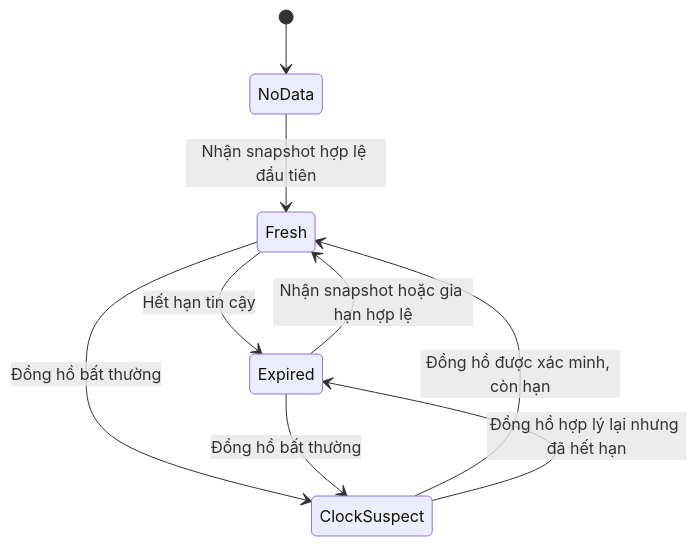
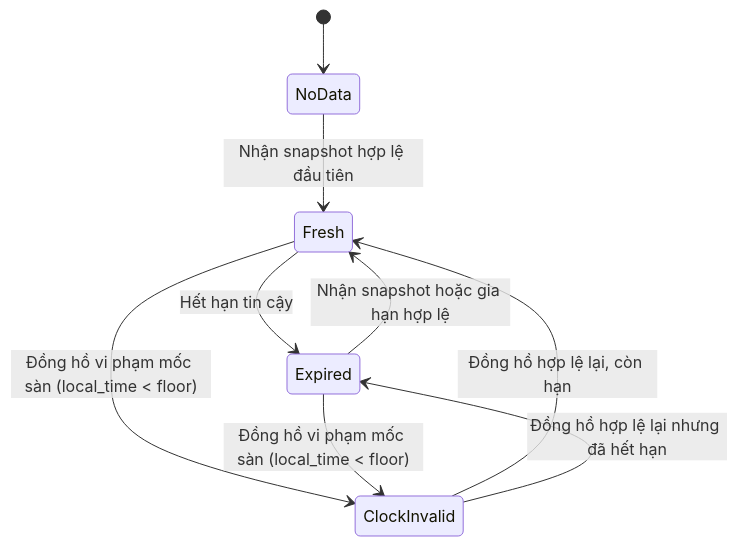
Before and after one commit to binhtoong21/linux-access-control: the first of 2 diagrams in design/docs/05-behavior/sequences/lease-expiration.md, drawn with Mermaid. The commit also changed other lines of this file and 27 other files, not shown here.

Commit message:
refactor: Address review feedback on clock floor formula, pending recovery, workstation busy check, and enrollment request

````diff
--- a/design/docs/05-behavior/sequences/lease-expiration.md
+++ b/design/docs/05-behavior/sequences/lease-expiration.md
@@ -8,11 +8,11 @@
 ```mermaid
 stateDiagram-v2
     [*] --> NoData
     NoData --> Fresh: Nhận snapshot hợp lệ đầu tiên
     Fresh --> Expired: Hết hạn tin cậy
     Expired --> Fresh: Nhận snapshot hoặc gia hạn hợp lệ
-    Fresh --> ClockSuspect: Đồng hồ bất thường
-    Expired --> ClockSuspect: Đồng hồ bất thường
-    ClockSuspect --> Fresh: Đồng hồ được xác minh, còn hạn
-    ClockSuspect --> Expired: Đồng hồ hợp lý lại nhưng đã hết hạn
+    Fresh --> ClockInvalid: Đồng hồ vi phạm mốc sàn (local_time < floor)
+    Expired --> ClockInvalid: Đồng hồ vi phạm mốc sàn (local_time < floor)
+    ClockInvalid --> Fresh: Đồng hồ hợp lệ lại, còn hạn
+    ClockInvalid --> Expired: Đồng hồ hợp lệ lại nhưng đã hết hạn
 ```
````
